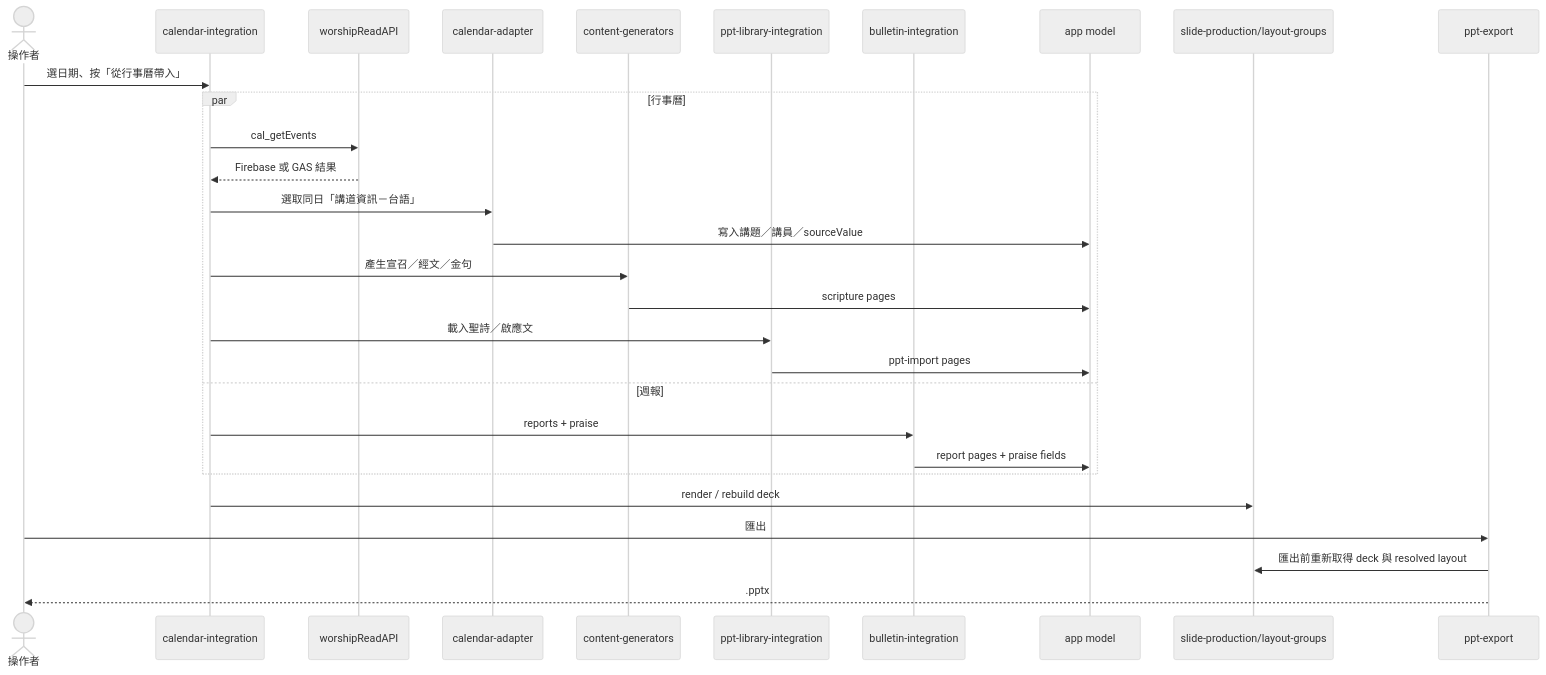
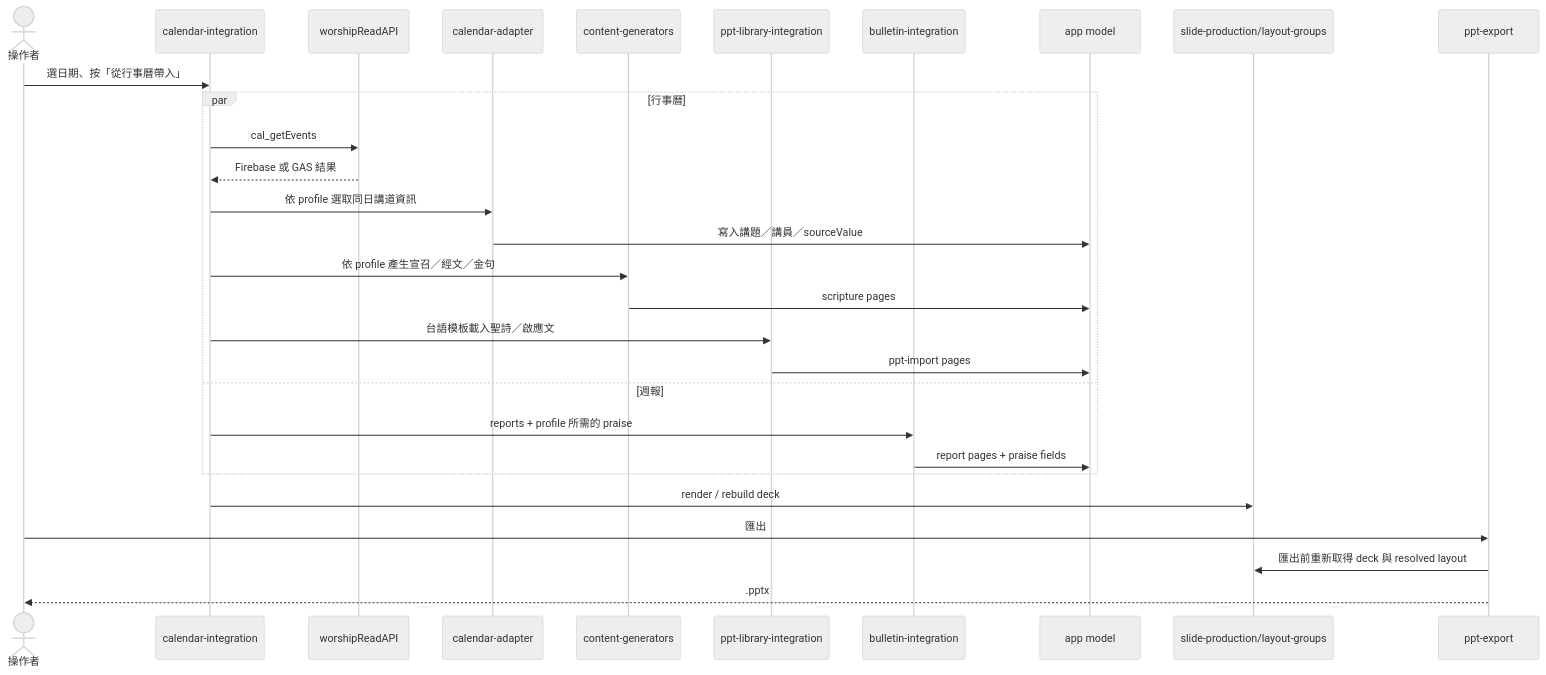
One commit to JirehWang/JirehWang.github.io changed the second of 2 diagrams in apps/LKC_WorshipPPT/ARCHITECTURE.md. Above: the diagram before and after it, drawn with Mermaid (neutral theme). The commit also changed other lines of this file and 40 other files, not shown here.

````diff
--- a/apps/LKC_WorshipPPT/ARCHITECTURE.md
+++ b/apps/LKC_WorshipPPT/ARCHITECTURE.md
@@ -202,32 +210,32 @@
 ```mermaid
 sequenceDiagram
     actor Operator as 操作者
     participant UI as calendar-integration
     participant Read as worshipReadAPI
     participant Calendar as calendar-adapter
     participant Bible as content-generators
     participant Library as ppt-library-integration
     participant Bulletin as bulletin-integration
     participant Model as app model
     participant Deck as slide-production/layout-groups
     participant Export as ppt-export
 
     Operator->>UI: 選日期、按「從行事曆帶入」
     par 行事曆
         UI->>Read: cal_getEvents
         Read-->>UI: Firebase 或 GAS 結果
-        UI->>Calendar: 選取同日「講道資訊－台語」
+        UI->>Calendar: 依 profile 選取同日講道資訊
         Calendar->>Model: 寫入講題／講員／sourceValue
-        UI->>Bible: 產生宣召／經文／金句
+        UI->>Bible: 依 profile 產生宣召／經文／金句
         Bible->>Model: scripture pages
-        UI->>Library: 載入聖詩／啟應文
+        UI->>Library: 台語模板載入聖詩／啟應文
         Library->>Model: ppt-import pages
     and 週報
-        UI->>Bulletin: reports + praise
+        UI->>Bulletin: reports + profile 所需的 praise
         Bulletin->>Model: report pages + praise fields
     end
     UI->>Deck: render / rebuild deck
     Operator->>Export: 匯出
     Export->>Deck: 匯出前重新取得 deck 與 resolved layout
     Export-->>Operator: .pptx
 ```
````
